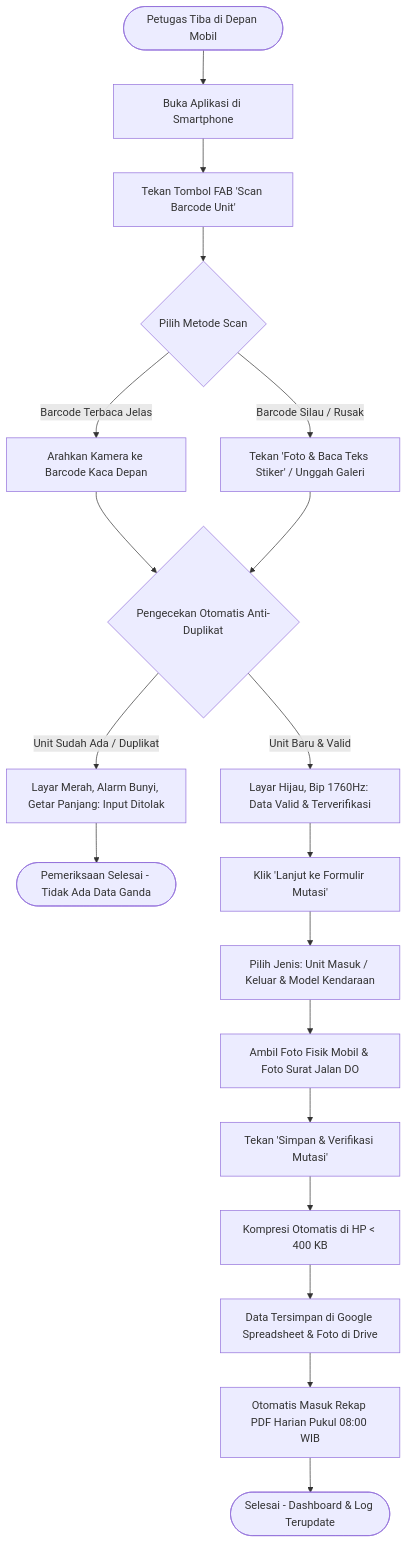
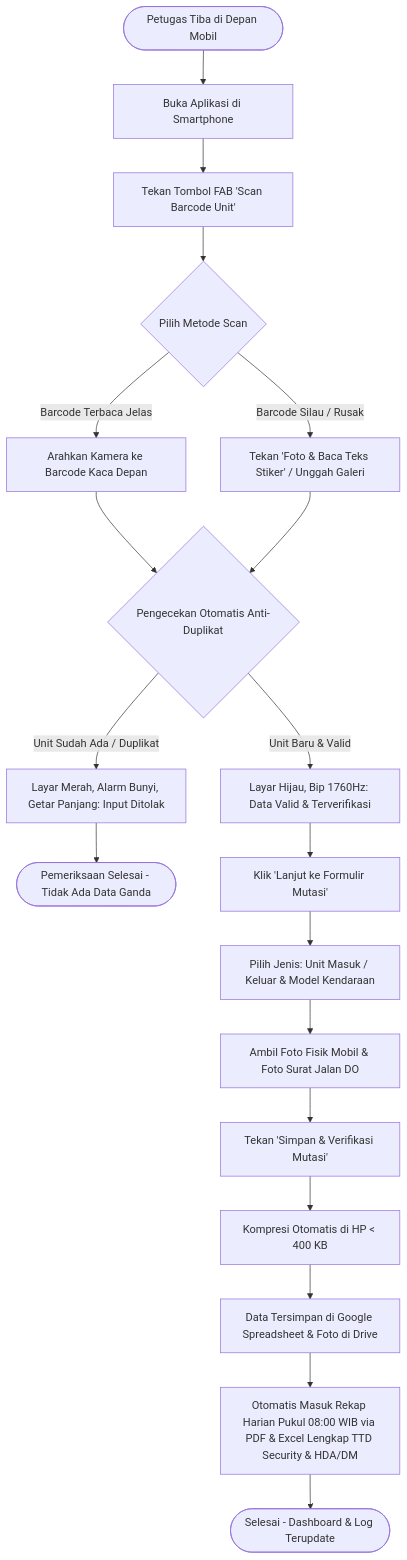
One commit to miyuraa1001/Management-StockYard changed the second of 2 diagrams in PRD.md. Above: the diagram before and after it, drawn with Mermaid. The commit also changed other lines of this file, not shown here.

Commit message:
docs: update PRD for daily report attachments (PDF and Excel with Security and HDA/DM signatures)

````diff
--- a/PRD.md
+++ b/PRD.md
@@ -411,27 +412,27 @@
 ```mermaid
 flowchart TD
     Start([Petugas Tiba di Depan Mobil]) --> OpenApp[Buka Aplikasi di Smartphone]
     OpenApp --> ClickScan[Tekan Tombol FAB 'Scan Barcode Unit']
     ClickScan --> ChooseMode{Pilih Metode Scan}
     
     ChooseMode -->|Barcode Terbaca Jelas| ModeBarcode[Arahkan Kamera ke Barcode Kaca Depan]
     ChooseMode -->|Barcode Silau / Rusak| ModeOCR[Tekan 'Foto & Baca Teks Stiker' / Unggah Galeri]
     
     ModeBarcode --> CheckDupe{Pengecekan Otomatis Anti-Duplikat}
     ModeOCR --> CheckDupe
     
     CheckDupe -->|Unit Sudah Ada / Duplikat| Blocked[Layar Merah, Alarm Bunyi, Getar Panjang: Input Ditolak]
     Blocked --> FinishDuplicate([Pemeriksaan Selesai - Tidak Ada Data Ganda])
     
     CheckDupe -->|Unit Baru & Valid| Verified[Layar Hijau, Bip 1760Hz: Data Valid & Terverifikasi]
     Verified --> Step2[Klik 'Lanjut ke Formulir Mutasi']
     
     Step2 --> FillForm[Pilih Jenis: Unit Masuk / Keluar & Model Kendaraan]
     FillForm --> SnapPhotos[Ambil Foto Fisik Mobil & Foto Surat Jalan DO]
     SnapPhotos --> Submit[Tekan 'Simpan & Verifikasi Mutasi']
     
     Submit --> CompressImg[Kompresi Otomatis di HP < 400 KB]
     CompressImg --> CloudSync[Data Tersimpan di Google Spreadsheet & Foto di Drive]
-    CloudSync --> AutoReport[Otomatis Masuk Rekap PDF Harian Pukul 08:00 WIB]
+    CloudSync --> AutoReport[Otomatis Masuk Rekap Harian Pukul 08:00 WIB via PDF & Excel Lengkap TTD Security & HDA/DM]
     AutoReport --> Done([Selesai - Dashboard & Log Terupdate])
 ```
````
